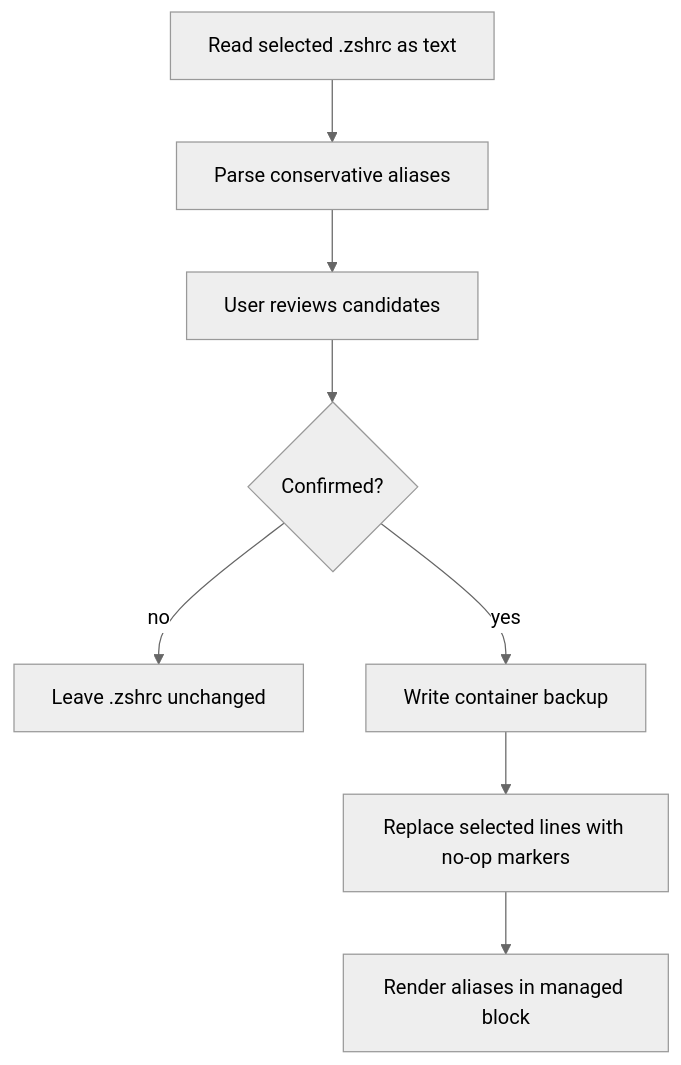
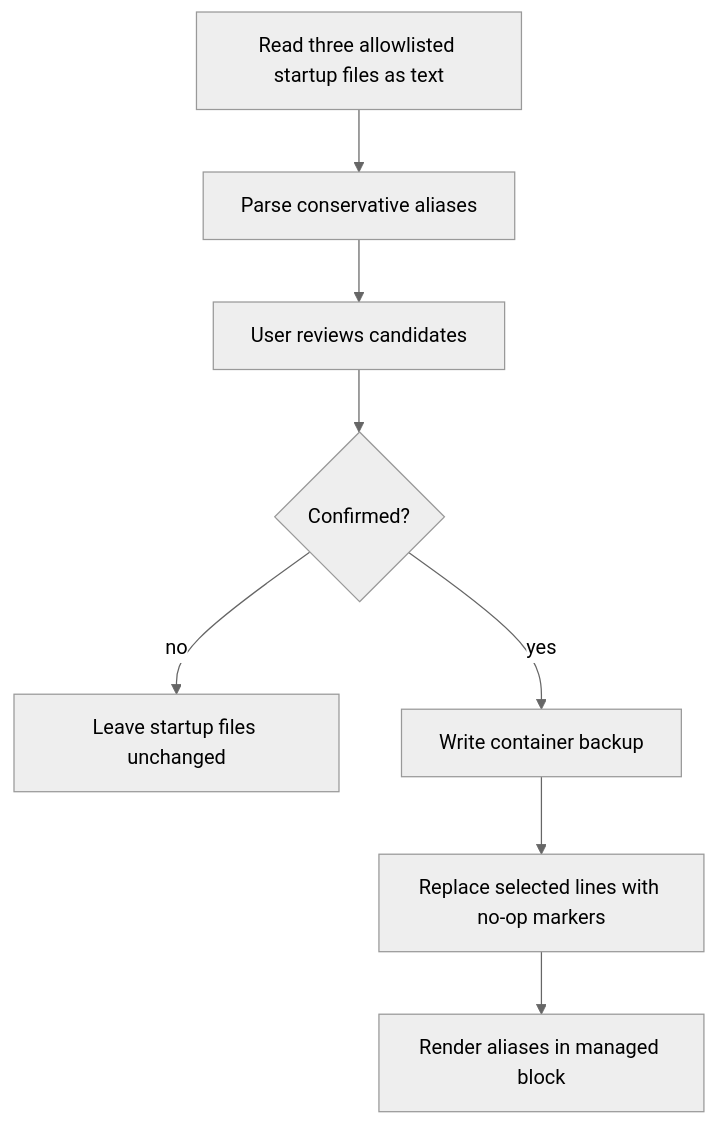
The fourth of 5 diagrams in mac_src_app_store/docs/ARCHITECTURE.md (hannesgnann-hub/easyalias), drawn with Mermaid (neutral theme) before and after one commit. The commit also changed other lines of this file and 3 other files, not shown here.

````diff
--- a/mac_src_app_store/docs/ARCHITECTURE.md
+++ b/mac_src_app_store/docs/ARCHITECTURE.md
@@ -253,10 +261,10 @@
 ```mermaid
 flowchart TD
-  Scan["Read selected .zshrc as text"] --> Validate["Parse conservative aliases"]
+  Scan["Read three allowlisted startup files as text"] --> Validate["Parse conservative aliases"]
   Validate --> Review["User reviews candidates"]
   Review --> Confirm{"Confirmed?"}
-  Confirm -- "no" --> Unchanged["Leave .zshrc unchanged"]
+  Confirm -- "no" --> Unchanged["Leave startup files unchanged"]
   Confirm -- "yes" --> Backup["Write container backup"]
   Backup --> Replace["Replace selected lines with no-op markers"]
   Replace --> Block["Render aliases in managed block"]
 ```
````
